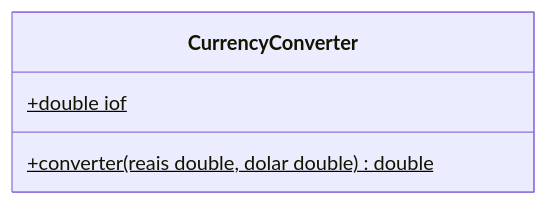
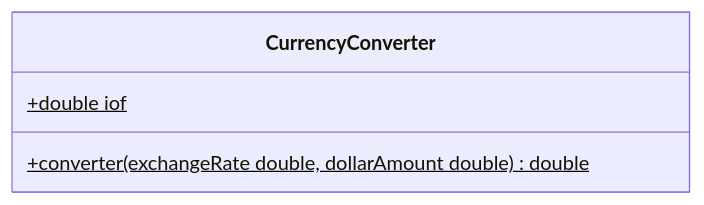
One commit to vinicius3516/java changed the sixth of 6 diagrams in README.md. Above: the diagram before and after it, drawn with Mermaid. The commit also changed other lines of this file, not shown here.

First line of the commit message:
Fix misleading parameter names in CurrencyConverter exercise (4)

````diff
--- a/README.md
+++ b/README.md
@@ -2165,7 +2165,7 @@
 ```mermaid
 classDiagram
     class CurrencyConverter {
         +double iof$
-        +converter(reais double, dolar double)$ double
+        +converter(exchangeRate double, dollarAmount double)$ double
     }
 ```
````
